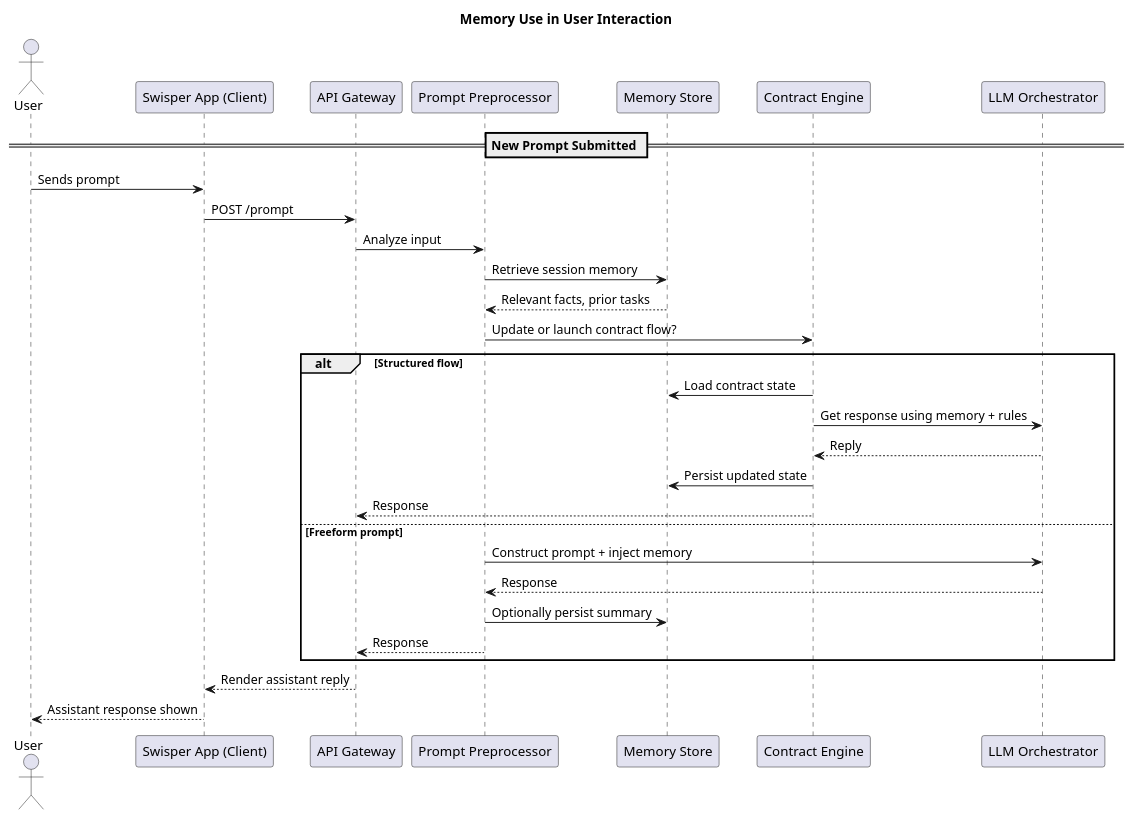
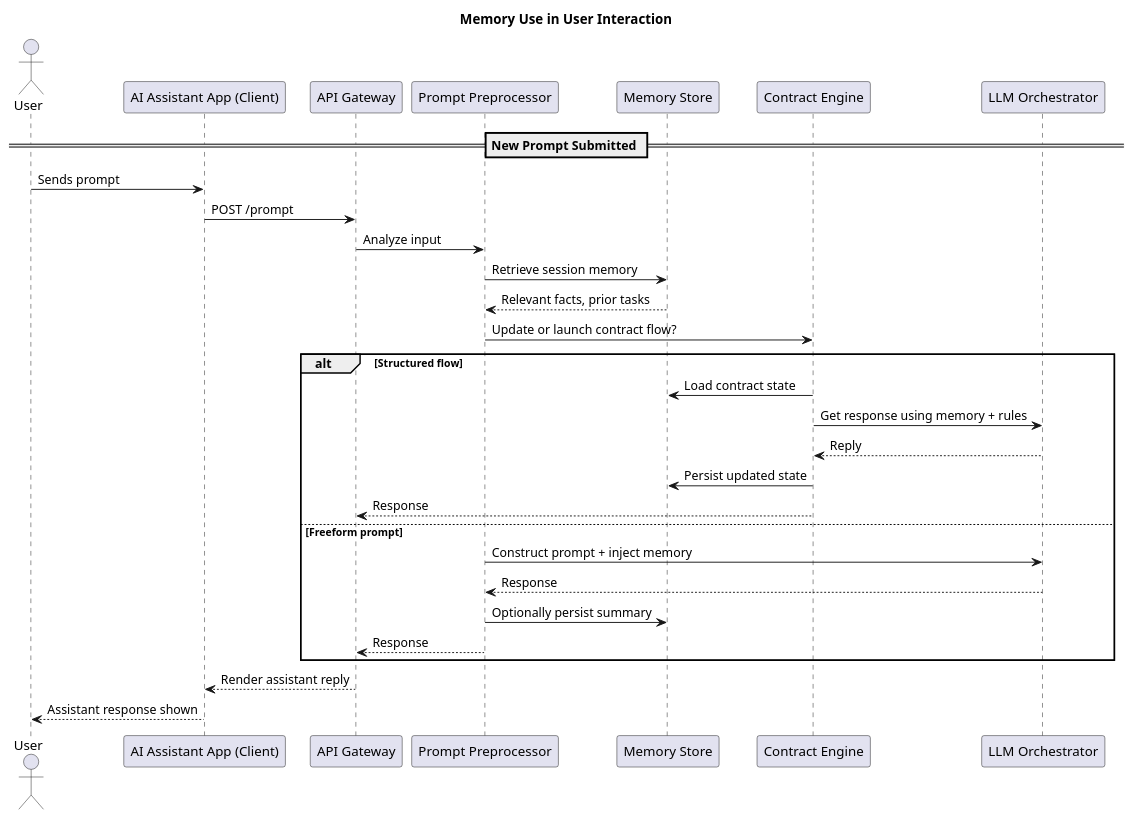
One commit to Sundi1972/Swisper_Core changed the diagram in Architecture/swisper_memory_sequence.puml. Above: the diagram before and after it, drawn with PlantUML. The commit also changed 23 other files, not shown here.

```diff
--- a/Architecture/swisper_memory_sequence.puml
+++ b/Architecture/swisper_memory_sequence.puml
@@ -2,38 +2,38 @@
 @startuml Memory_Management_Sequence
 title Memory Use in User Interaction
 
 actor User
-participant "Swisper App (Client)" as Client
+participant "AI Assistant App (Client)" as Client
 participant "API Gateway" as Gateway
 participant "Prompt Preprocessor" as Preprocessor
 participant "Memory Store" as Memory
 participant "Contract Engine" as Contract
 participant "LLM Orchestrator" as LLM
 
 == New Prompt Submitted ==
 
 User -> Client : Sends prompt
 Client -> Gateway : POST /prompt
 
 Gateway -> Preprocessor : Analyze input
 Preprocessor -> Memory : Retrieve session memory
 Memory --> Preprocessor : Relevant facts, prior tasks
 
 Preprocessor -> Contract : Update or launch contract flow?
 alt Structured flow
     Contract -> Memory : Load contract state
     Contract -> LLM : Get response using memory + rules
     LLM --> Contract : Reply
     Contract -> Memory : Persist updated state
     Contract --> Gateway : Response
 else Freeform prompt
     Preprocessor -> LLM : Construct prompt + inject memory
     LLM --> Preprocessor : Response
     Preprocessor -> Memory : Optionally persist summary
     Preprocessor --> Gateway : Response
 end
 
 Gateway --> Client : Render assistant reply
 Client --> User : Assistant response shown
 
 @enduml
```
